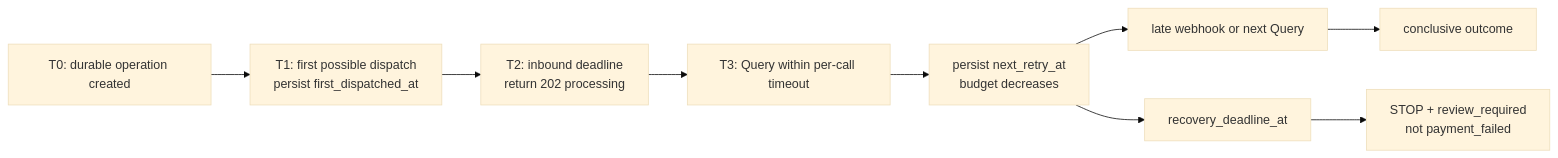
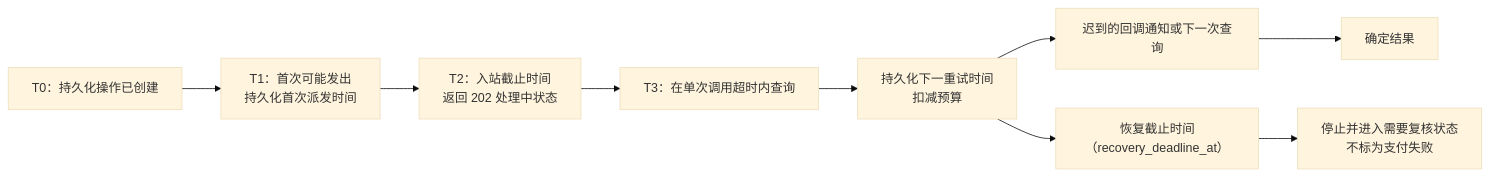
Before and after one commit to YouEclipse/Designing-Modern-Payment-Systems: the second of 4 diagrams in part-3-reliability/timeout-and-retry.md, drawn with Mermaid (base theme). The commit also changed other lines of this file and 59 other files, not shown here.

````diff
--- a/part-3-reliability/timeout-and-retry.md
+++ b/part-3-reliability/timeout-and-retry.md
@@ -185,11 +185,11 @@
 ```mermaid
 flowchart LR
-    Start["T0: durable operation created"] --> Dispatch["T1: first possible dispatch<br/>persist first_dispatched_at"]
-    Dispatch --> SyncDeadline["T2: inbound deadline<br/>return 202 processing"]
-    SyncDeadline --> Q1["T3: Query within per-call timeout"]
-    Q1 --> Backoff["persist next_retry_at<br/>budget decreases"]
-    Backoff --> Webhook["late webhook or next Query"]
-    Webhook --> Terminal["conclusive outcome"]
-    Backoff --> RecoveryDeadline["recovery_deadline_at"]
-    RecoveryDeadline --> Review["STOP + review_required<br/>not payment_failed"]
+    Start["T0：持久化操作已创建"] --> Dispatch["T1：首次可能发出<br/>持久化首次派发时间"]
+    Dispatch --> SyncDeadline["T2：入站截止时间<br/>返回 202 处理中状态"]
+    SyncDeadline --> Q1["T3：在单次调用超时内查询"]
+    Q1 --> Backoff["持久化下一重试时间<br/>扣减预算"]
+    Backoff --> Webhook["迟到的回调通知或下一次查询"]
+    Webhook --> Terminal["确定结果"]
+    Backoff --> RecoveryDeadline["恢复截止时间（recovery_deadline_at）"]
+    RecoveryDeadline --> Review["停止并进入需要复核状态<br/>不标为支付失败"]
 ```
````
